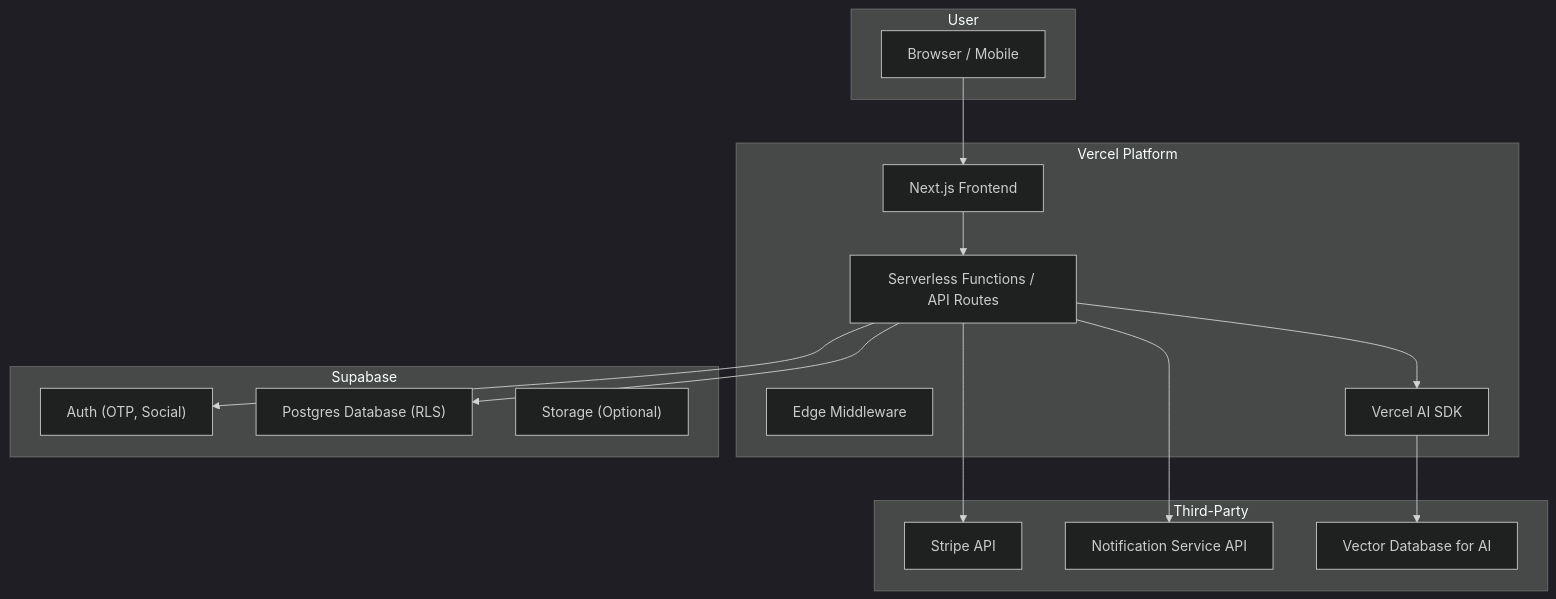
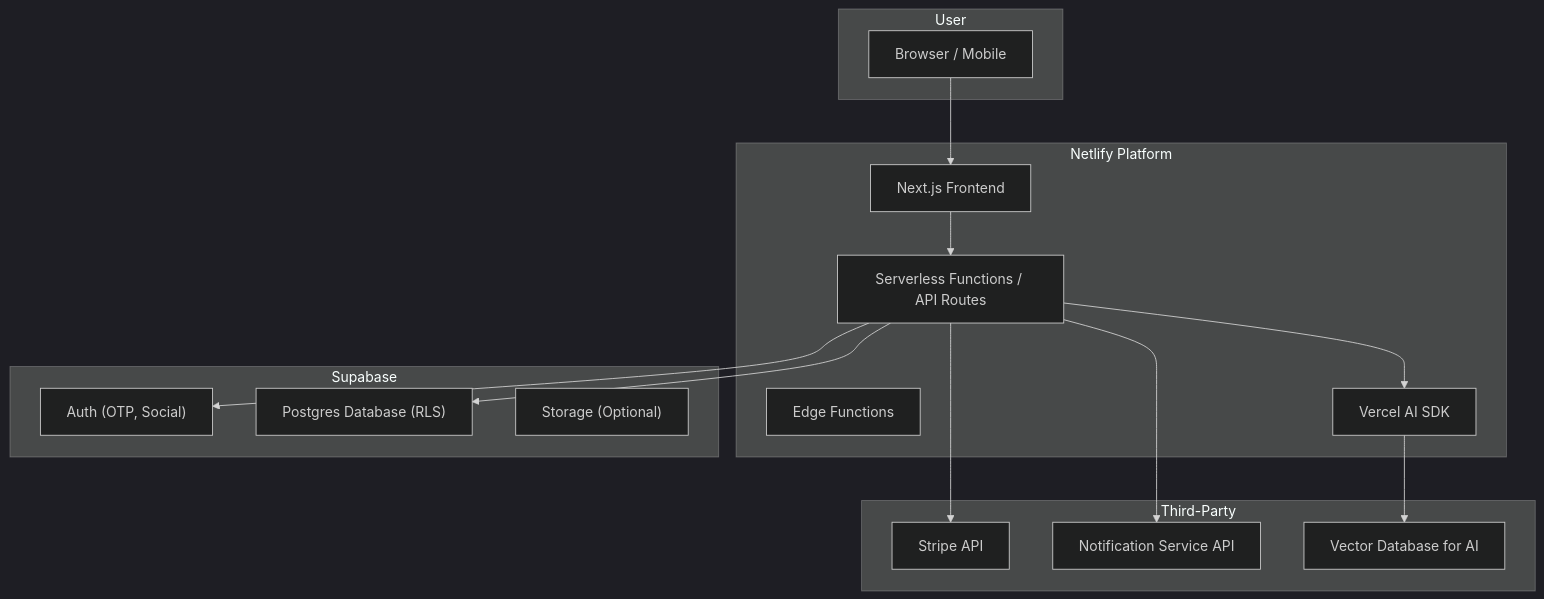
Before and after one commit to dhargitai/lattixiq: the first of 5 diagrams in docs/architecture.md, drawn with Mermaid (dark theme). The commit also changed other lines of this file and 30 other files, not shown here.

````diff
--- a/docs/architecture.md
+++ b/docs/architecture.md
@@ -11,34 +11,34 @@
 ```mermaid
 graph TD
     subgraph User
         A[Browser / Mobile]
     end
 
-    subgraph Vercel Platform
+    subgraph Netlify Platform
         B[Next.js Frontend]
-        C[Edge Middleware]
+        C[Edge Functions]
         D[Serverless Functions / API Routes]
         E[Vercel AI SDK]
     end
 
     subgraph Supabase
         F["Auth (OTP, Social)"]
         G["Postgres Database (RLS)"]
         H["Storage (Optional)"]
     end
 
     subgraph Third-Party
         I[Stripe API]
         J[Notification Service API]
         K[Vector Database for AI]
     end
 
     A --> B
     B --> D
     D --> F
     D --> G
     D --> I
     D --> J
     D --> E
     E --> K
 ```
````
